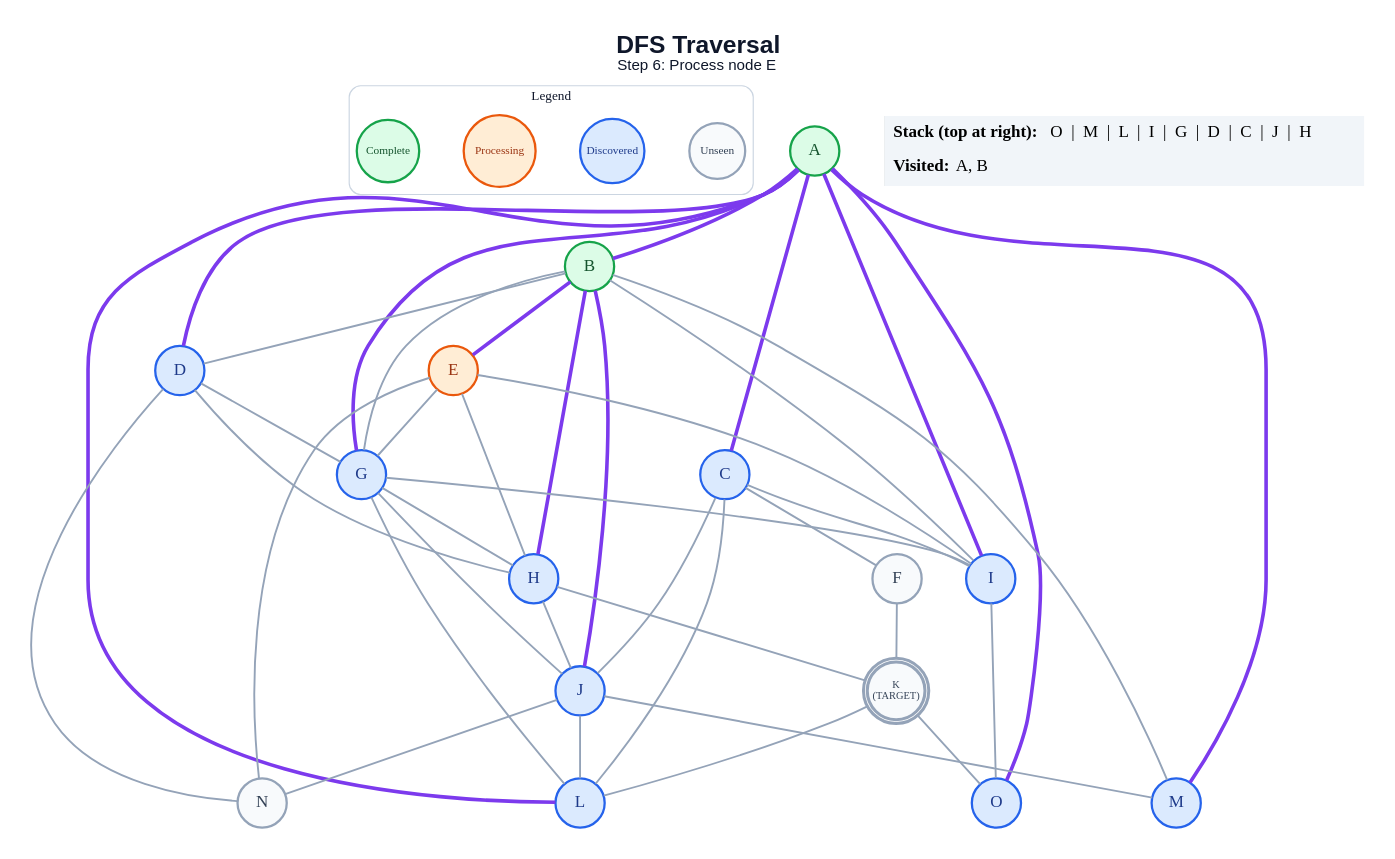
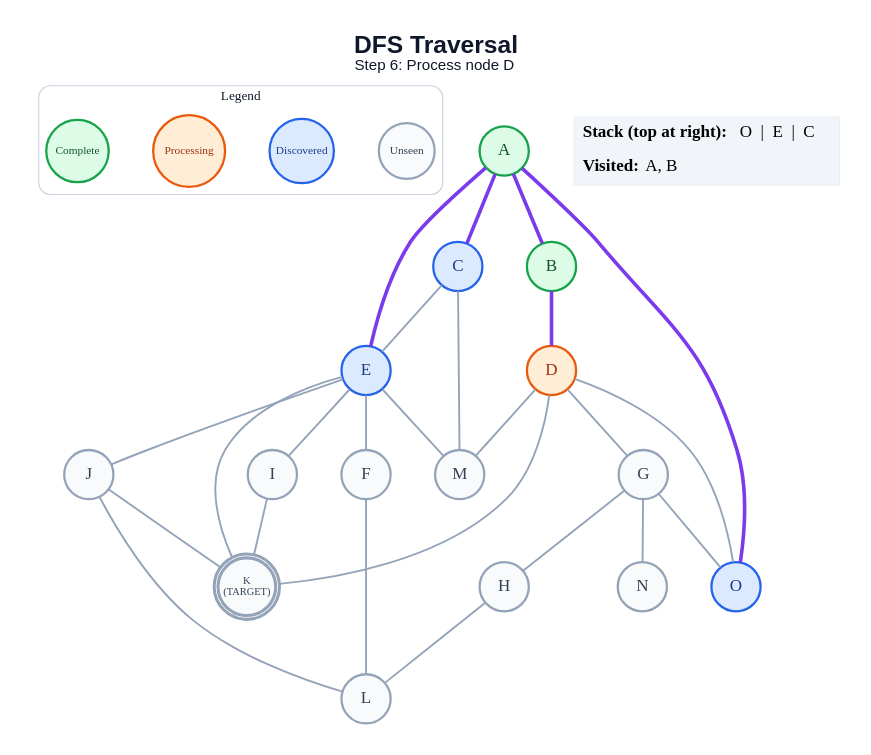
Before and after one commit to anon7238593-create/ai-slop: the diagram in generated/short-circuit/dfs/step_06.dot, drawn with Graphviz. The commit also changed 289 other files, not shown here.

```diff
--- a/generated/short-circuit/dfs/step_06.dot
+++ b/generated/short-circuit/dfs/step_06.dot
@@ -1,73 +1,58 @@
 graph traversal {
   graph [layout=dot, rankdir=TB, bgcolor="#FFFFFF", pad="0.35", nodesep="0.65", ranksep="0.8", fontname="Arial"];
   node [shape=circle, style="filled", fontname="Arial Bold", fontsize=18, width=0.72, fixedsize=true, penwidth=2.4];
   edge [color="#94A3B8", penwidth=2.0];
-  label=<<B>DFS Traversal</B><BR/><FONT POINT-SIZE="16">Step 6: Process node E</FONT>>; labelloc="t"; fontsize=26; fontname="Arial"; fontcolor="#0F172A";
+  label=<<B>DFS Traversal</B><BR/><FONT POINT-SIZE="16">Step 6: Process node D</FONT>>; labelloc="t"; fontsize=26; fontname="Arial"; fontcolor="#0F172A";
   subgraph cluster_legend { label="Legend"; color="#CBD5E1"; penwidth=1.2; style="rounded"; fontsize=14; fontname="Arial Bold";
     key_unseen [label="Unseen", fillcolor="#F8FAFC", color="#94A3B8", fontcolor="#334155", fontsize=12, width=0.82];
     key_frontier [label="Discovered", fillcolor="#DBEAFE", color="#2563EB", fontcolor="#1E3A8A", fontsize=12, width=0.95];
     key_current [label="Processing", fillcolor="#FFEDD5", color="#EA580C", fontcolor="#9A3412", fontsize=12, width=1.05];
     key_done [label="Complete", fillcolor="#DCFCE7", color="#16A34A", fontcolor="#14532D", fontsize=12, width=0.92];
     { rank=same; key_unseen; key_frontier; key_current; key_done; }
   }
   A [label="A", fillcolor="#DCFCE7", color="#16A34A", fontcolor="#14532D", peripheries=1, penwidth=2.4];
   B [label="B", fillcolor="#DCFCE7", color="#16A34A", fontcolor="#14532D", peripheries=1, penwidth=2.4];
   C [label="C", fillcolor="#DBEAFE", color="#2563EB", fontcolor="#1E3A8A", peripheries=1, penwidth=2.4];
-  D [label="D", fillcolor="#DBEAFE", color="#2563EB", fontcolor="#1E3A8A", peripheries=1, penwidth=2.4];
-  E [label="E", fillcolor="#FFEDD5", color="#EA580C", fontcolor="#9A3412", peripheries=1, penwidth=2.4];
+  D [label="D", fillcolor="#FFEDD5", color="#EA580C", fontcolor="#9A3412", peripheries=1, penwidth=2.4];
+  E [label="E", fillcolor="#DBEAFE", color="#2563EB", fontcolor="#1E3A8A", peripheries=1, penwidth=2.4];
   F [label="F", fillcolor="#F8FAFC", color="#94A3B8", fontcolor="#334155", peripheries=1, penwidth=2.4];
-  G [label="G", fillcolor="#DBEAFE", color="#2563EB", fontcolor="#1E3A8A", peripheries=1, penwidth=2.4];
-  H [label="H", fillcolor="#DBEAFE", color="#2563EB", fontcolor="#1E3A8A", peripheries=1, penwidth=2.4];
-  I [label="I", fillcolor="#DBEAFE", color="#2563EB", fontcolor="#1E3A8A", peripheries=1, penwidth=2.4];
-  J [label="J", fillcolor="#DBEAFE", color="#2563EB", fontcolor="#1E3A8A", peripheries=1, penwidth=2.4];
+  G [label="G", fillcolor="#F8FAFC", color="#94A3B8", fontcolor="#334155", peripheries=1, penwidth=2.4];
+  H [label="H", fillcolor="#F8FAFC", color="#94A3B8", fontcolor="#334155", peripheries=1, penwidth=2.4];
+  I [label="I", fillcolor="#F8FAFC", color="#94A3B8", fontcolor="#334155", peripheries=1, penwidth=2.4];
+  J [label="J", fillcolor="#F8FAFC", color="#94A3B8", fontcolor="#334155", peripheries=1, penwidth=2.4];
   K [label="K\n(TARGET)", fillcolor="#F8FAFC", color="#94A3B8", fontcolor="#334155", peripheries=2, penwidth=3.2, fontsize=11, width=0.85, height=0.85];
-  L [label="L", fillcolor="#DBEAFE", color="#2563EB", fontcolor="#1E3A8A", peripheries=1, penwidth=2.4];
-  M [label="M", fillcolor="#DBEAFE", color="#2563EB", fontcolor="#1E3A8A", peripheries=1, penwidth=2.4];
+  L [label="L", fillcolor="#F8FAFC", color="#94A3B8", fontcolor="#334155", peripheries=1, penwidth=2.4];
+  M [label="M", fillcolor="#F8FAFC", color="#94A3B8", fontcolor="#334155", peripheries=1, penwidth=2.4];
   N [label="N", fillcolor="#F8FAFC", color="#94A3B8", fontcolor="#334155", peripheries=1, penwidth=2.4];
   O [label="O", fillcolor="#DBEAFE", color="#2563EB", fontcolor="#1E3A8A", peripheries=1, penwidth=2.4];
   A -- B [color="#7C3AED", penwidth=3.8];
   A -- C [color="#7C3AED", penwidth=3.8];
-  A -- D [color="#7C3AED", penwidth=3.8];
-  A -- G [color="#7C3AED", penwidth=3.8];
-  A -- I [color="#7C3AED", penwidth=3.8];
-  A -- L [color="#7C3AED", penwidth=3.8];
-  A -- M [color="#7C3AED", penwidth=3.8];
+  A -- E [color="#7C3AED", penwidth=3.8];
   A -- O [color="#7C3AED", penwidth=3.8];
-  B -- D;
-  B -- E [color="#7C3AED", penwidth=3.8];
-  B -- G;
-  B -- H [color="#7C3AED", penwidth=3.8];
-  B -- I;
-  B -- J [color="#7C3AED", penwidth=3.8];
-  B -- M;
-  C -- F;
-  C -- I;
-  C -- J;
-  C -- L;
+  B -- D [color="#7C3AED", penwidth=3.8];
+  C -- E;
+  C -- M;
   D -- G;
-  D -- H;
-  D -- N;
-  E -- G;
-  E -- H;
+  D -- K;
+  D -- M;
+  D -- O;
+  E -- F;
   E -- I;
-  E -- N;
-  F -- K;
+  E -- J;
+  E -- K;
+  E -- M;
+  F -- L;
   G -- H;
-  G -- I;
-  G -- J;
-  G -- L;
-  H -- J;
-  H -- K;
-  I -- O;
+  G -- N;
+  G -- O;
+  H -- L;
+  I -- K;
+  J -- K;
   J -- L;
-  J -- M;
-  J -- N;
-  K -- L;
-  K -- O;
   status [shape=plain, fixedsize=false, width=0, height=0, margin=0, label=<
     <TABLE BORDER="0" CELLBORDER="0" CELLPADDING="7" BGCOLOR="#F1F5F9">
-      <TR><TD ALIGN="LEFT"><B>Stack (top at right):</B> O  |  M  |  L  |  I  |  G  |  D  |  C  |  J  |  H</TD></TR>
+      <TR><TD ALIGN="LEFT"><B>Stack (top at right):</B> O  |  E  |  C</TD></TR>
       <TR><TD ALIGN="LEFT"><B>Visited:</B> A, B</TD></TR>
     </TABLE>
   >];
 }
```
